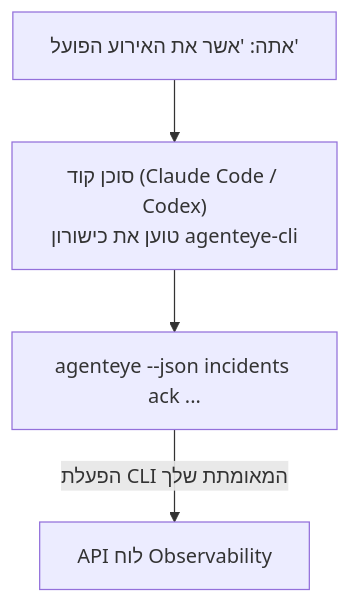
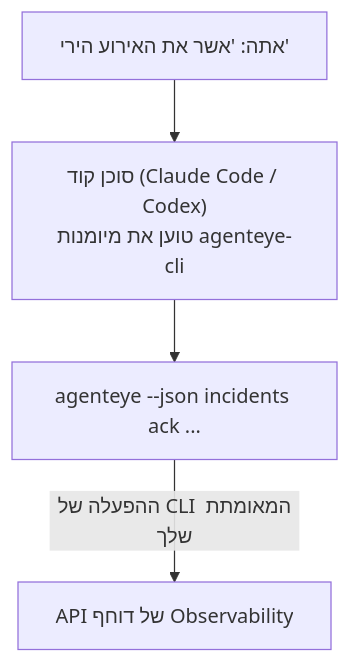
Before and after one commit to FailproofAI/failproofai: the diagram in docs/he/agenteye/cli-skill.mdx, drawn with Mermaid. The commit also changed other lines of this file and 678 other files, not shown here.

````diff
--- a/docs/he/agenteye/cli-skill.mdx
+++ b/docs/he/agenteye/cli-skill.mdx
@@ -29,6 +27,6 @@
 ```mermaid
 flowchart TD
-    YOU["אתה: 'אשר את האירוע הפועל'"] --> AGENT["סוכן קוד (Claude Code / Codex)<br/>טוען את כישורון agenteye-cli"]
+    YOU["אתה: 'אשר את האירוע הירי'"] --> AGENT["סוכן קוד (Claude Code / Codex)<br/>טוען את מיומנות agenteye-cli"]
     AGENT --> CLI["agenteye --json incidents ack ..."]
-    CLI -->|הפעלת CLI המאומתת שלך| API["API לוח Observability"]
+    CLI -->|ההפעלה של CLI המאומתת שלך| API["API של דוחף Observability"]
 ```
````
